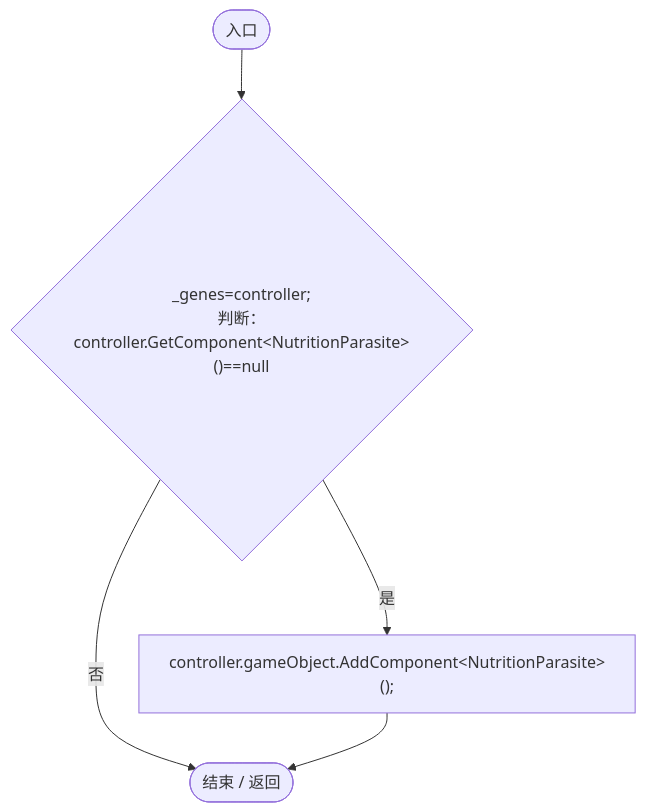
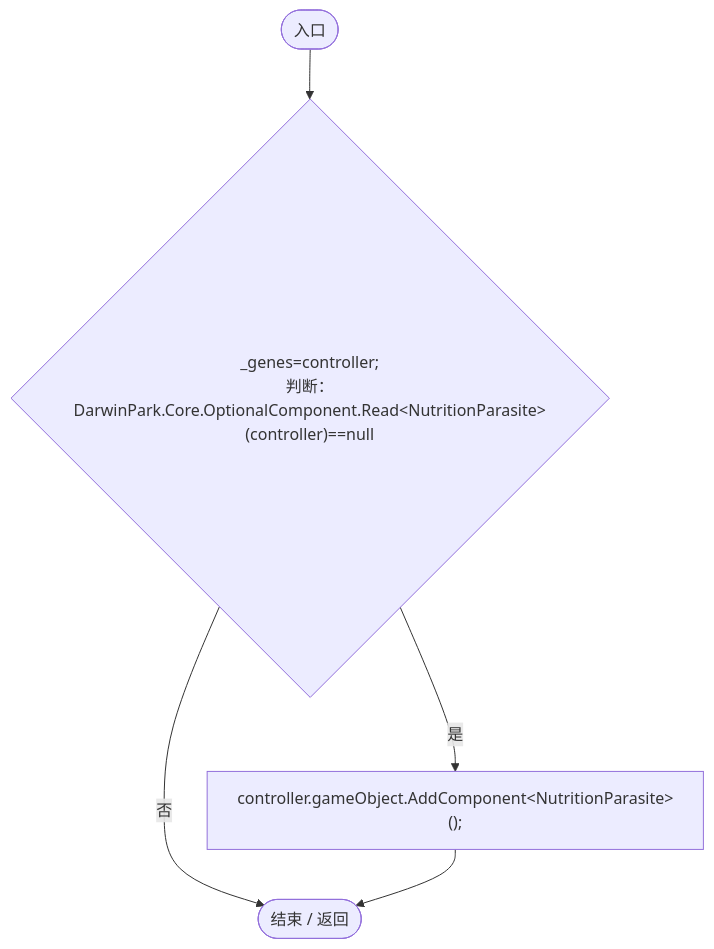
The first of 6 diagrams in Docs/运行流程图/脚本/3424ac142ce89828.md (xhs6666/Darwin_paradise), drawn with Mermaid before and after one commit. The commit also changed other lines of this file and 297 other files, not shown here.

````diff
--- a/Docs/运行流程图/脚本/3424ac142ce89828.md
+++ b/Docs/运行流程图/脚本/3424ac142ce89828.md
@@ -19,12 +19,12 @@
 ```mermaid
 flowchart TD
   b0(["入口"])
-  b1{"_genes=controller;<br/>判断：controller.GetComponent&lt;NutritionParasite&gt;()==null"}
+  b1{"_genes=controller;<br/>判断：DarwinPark.Core.OptionalComponent.Read&lt;NutritionParasite&gt;(controller)==null"}
   b2["controller.gameObject.AddComponent&lt;NutritionParasite&gt;();"]
   b3(["结束 / 返回"])
   b0 --> b1
   b1 -->|"是"| b2
   b1 -->|"否"| b3
   b2 --> b3
 
 ```
````
